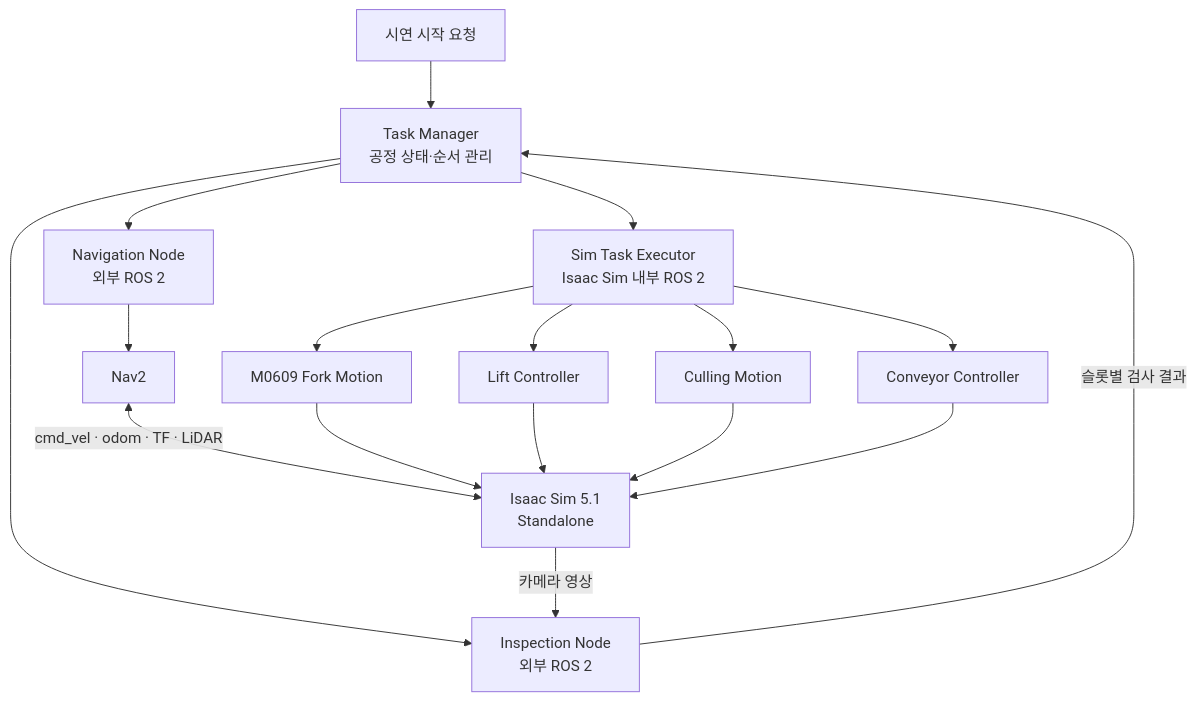
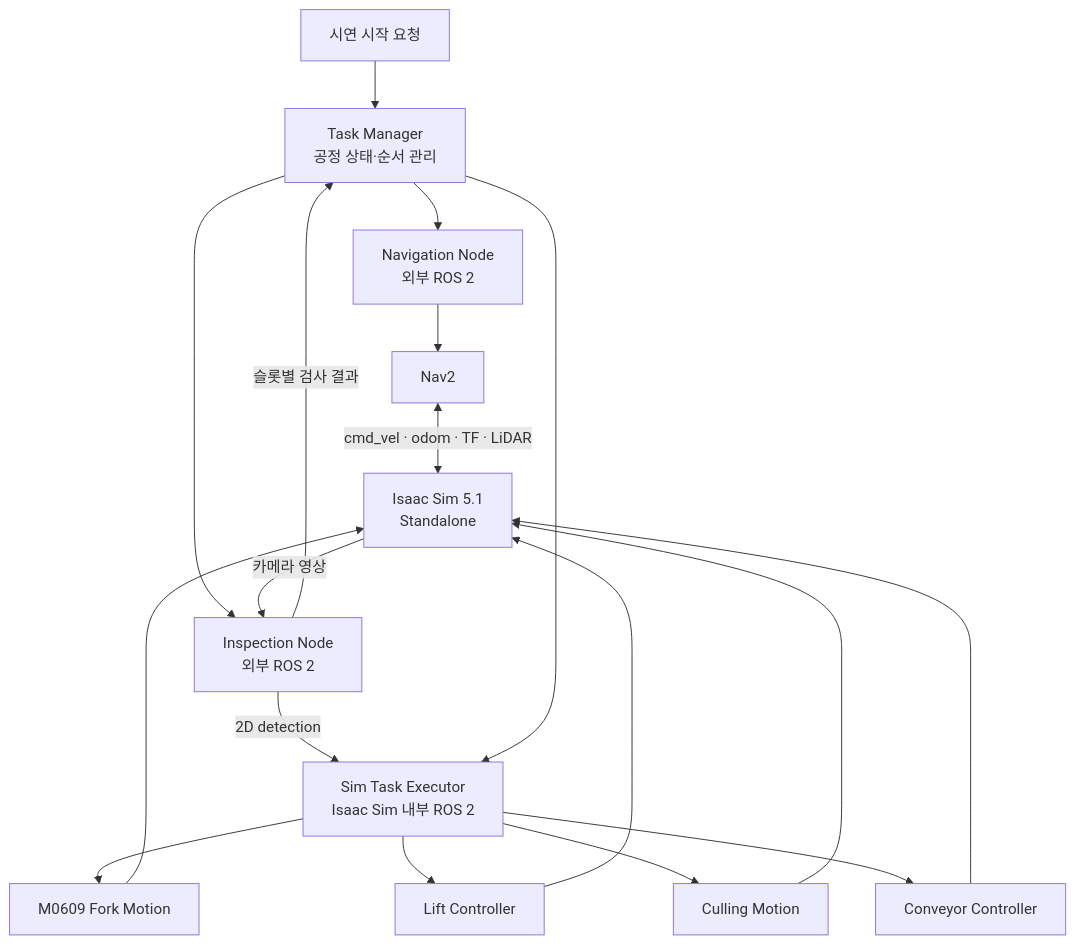
One commit to shbong06-sketch/ROKEY_P3_A1 changed the diagram in docs/01-architecture.md. Above: the diagram before and after it, drawn with Mermaid. The commit also changed other lines of this file and 12 other files, not shown here.

````diff
--- a/docs/01-architecture.md
+++ b/docs/01-architecture.md
@@ -64,24 +64,25 @@
 ```mermaid
 flowchart TB
     UI["시연 시작 요청"] --> TM["Task Manager
 공정 상태·순서 관리"]
     TM --> NAV["Navigation Node
 외부 ROS 2"]
     NAV --> NAV2["Nav2"]
     NAV2 <-->|"cmd_vel · odom · TF · LiDAR"| SIM["Isaac Sim 5.1
 Standalone"]
     TM --> INS["Inspection Node
 외부 ROS 2"]
     SIM -->|"카메라 영상"| INS
+    INS -->|"2D detection"| EXEC
     INS -->|"슬롯별 검사 결과"| TM
     TM --> EXEC["Sim Task Executor
 Isaac Sim 내부 ROS 2"]
     EXEC --> ARM["M0609 Fork Motion"]
     EXEC --> LIFT["Lift Controller"]
     EXEC --> CULL["Culling Motion"]
     EXEC --> CONV["Conveyor Controller"]
     ARM --> SIM
     LIFT --> SIM
     CULL --> SIM
     CONV --> SIM
 ```
````
